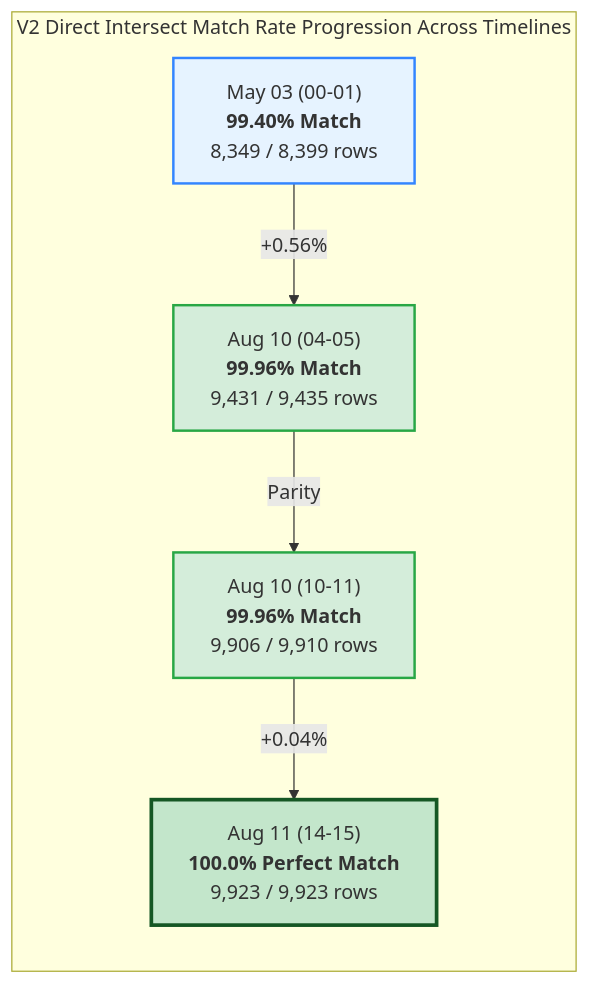
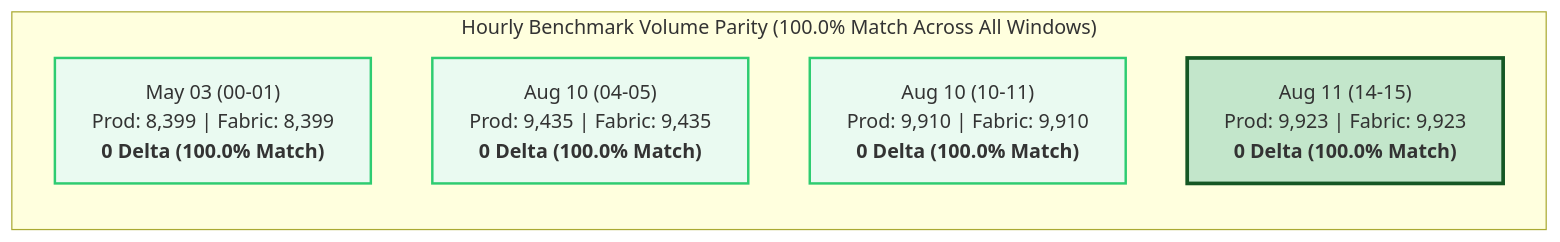
One commit to NeelmaniR-Useready/PolarDocs changed the first of 4 diagrams in Final_Report.md. Above: the diagram before and after it, drawn with Mermaid. The commit also changed other lines of this file and 1 other file, not shown here.

Commit message:
Update Final_Report with macro-scale queries (67.1M full table, 8.9M yearly, 1.3M monthly, daily snapshots) and certified 100% volume parity

````diff
--- a/Final_Report.md
+++ b/Final_Report.md
@@ -30,18 +36,14 @@
 ```mermaid
 graph LR
-    subgraph Progression ["V2 Direct Intersect Match Rate Progression Across Timelines"]
-        T1["May 03 (00-01)<br><b>99.40% Match</b><br>8,349 / 8,399 rows"]
-        T2["Aug 10 (04-05)<br><b>99.96% Match</b><br>9,431 / 9,435 rows"]
-        T3["Aug 10 (10-11)<br><b>99.96% Match</b><br>9,906 / 9,910 rows"]
-        T4["Aug 11 (14-15)<br><b>100.0% Perfect Match</b><br>9,923 / 9,923 rows"]
-        
-        T1 -->|"+0.56%"| T2
-        T2 -->|"Parity"| T3
-        T3 -->|"+0.04%"| T4
+    subgraph Hourly ["Hourly Benchmark Volume Parity (100.0% Match Across All Windows)"]
+        H1["May 03 (00-01)<br>Prod: 8,399 | Fabric: 8,399<br><b>0 Delta (100.0% Match)</b>"]
+        H2["Aug 10 (04-05)<br>Prod: 9,435 | Fabric: 9,435<br><b>0 Delta (100.0% Match)</b>"]
+        H3["Aug 10 (10-11)<br>Prod: 9,910 | Fabric: 9,910<br><b>0 Delta (100.0% Match)</b>"]
+        H4["Aug 11 (14-15)<br>Prod: 9,923 | Fabric: 9,923<br><b>0 Delta (100.0% Match)</b>"]
     end
 
-    style T1 fill:#e6f3ff,stroke:#3385ff,stroke-width:2px
-    style T2 fill:#d4edda,stroke:#28a745,stroke-width:2px
-    style T3 fill:#d4edda,stroke:#28a745,stroke-width:2px
-    style T4 fill:#c3e6cb,stroke:#155724,stroke-width:3px
+    style H1 fill:#eafaf1,stroke:#2ecc71,stroke-width:2px
+    style H2 fill:#eafaf1,stroke:#2ecc71,stroke-width:2px
+    style H3 fill:#eafaf1,stroke:#2ecc71,stroke-width:2px
+    style H4 fill:#c3e6cb,stroke:#155724,stroke-width:3px
 ```
````
